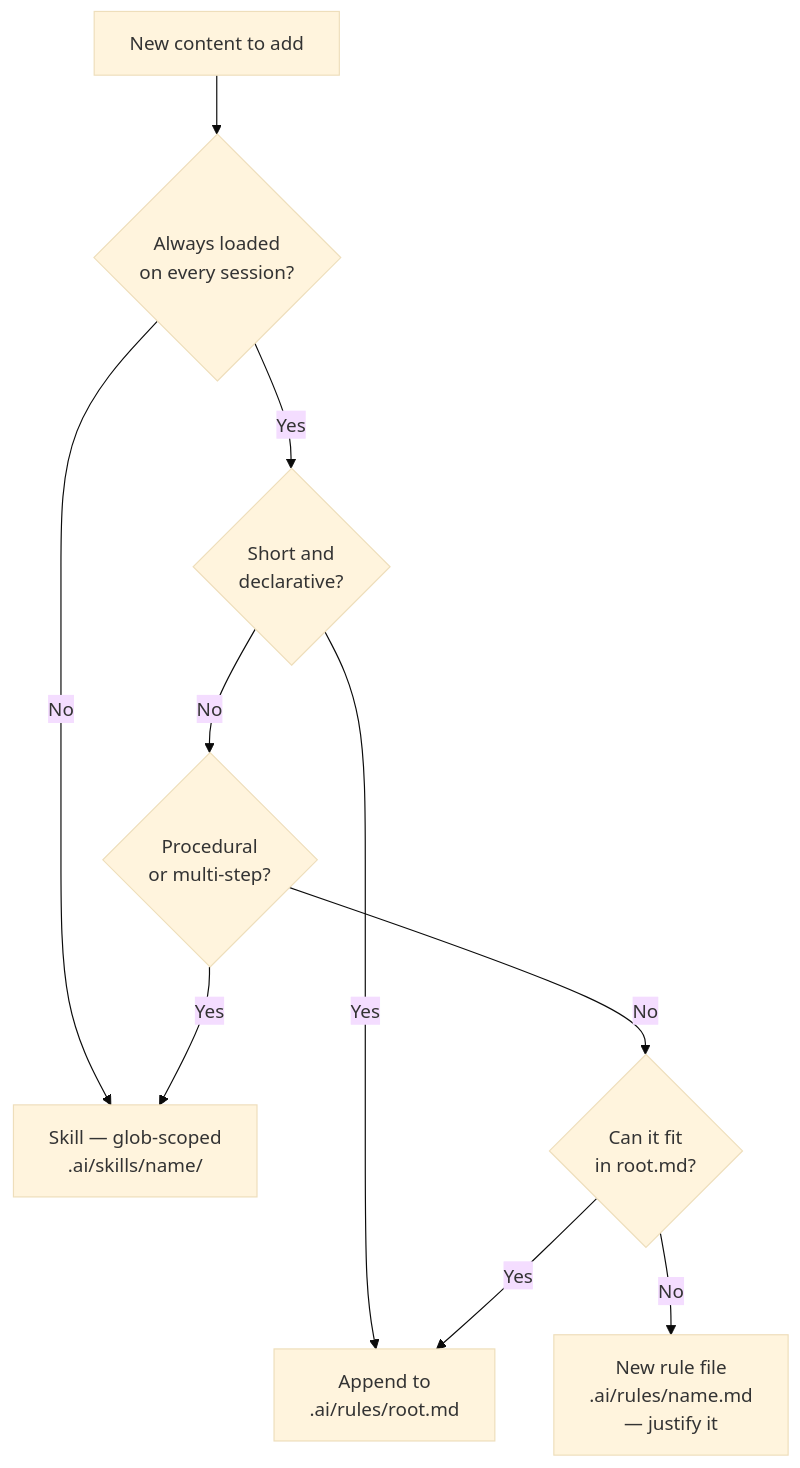
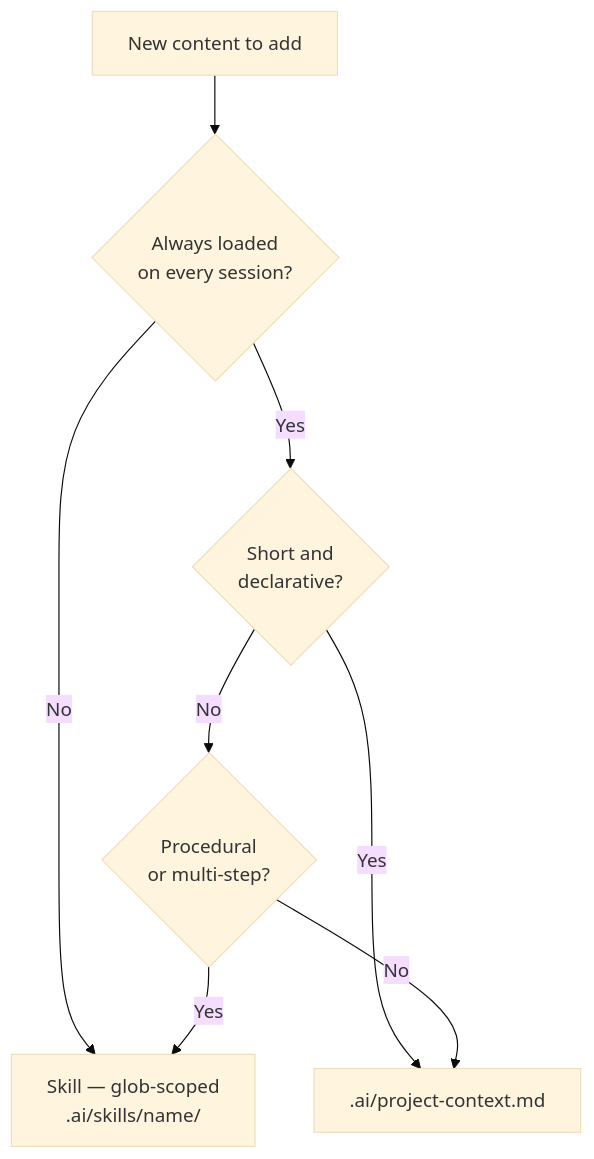
Before and after one commit to HugoLnx/ai-workflow-skills: the diagram in .ai/skills/multi-ai/references/planner.md, drawn with Mermaid (base theme). The commit also changed other lines of this file and 25 other files, not shown here.

Commit message:
Remove rules support and add support to a single-file project context markdown file

````diff
--- a/.ai/skills/multi-ai/references/planner.md
+++ b/.ai/skills/multi-ai/references/planner.md
@@ -25,12 +23,10 @@
 ```mermaid
 flowchart TD
   Content[New content to add] --> AlwaysOn{Always loaded\non every session?}
   AlwaysOn -->|No| Skill[Skill — glob-scoped\n.ai/skills/name/]
   AlwaysOn -->|Yes| Declarative{Short and\ndeclarative?}
-  Declarative -->|Yes| Root[Append to\n.ai/rules/root.md]
+  Declarative -->|Yes| Context[.ai/project-context.md]
   Declarative -->|No| Procedural{Procedural\nor multi-step?}
   Procedural -->|Yes| Skill
-  Procedural -->|No| Justify{Can it fit\nin root.md?}
-  Justify -->|Yes| Root
-  Justify -->|No| NewRule[New rule file\n.ai/rules/name.md\n— justify it]
+  Procedural -->|No| Context
 ```
````
